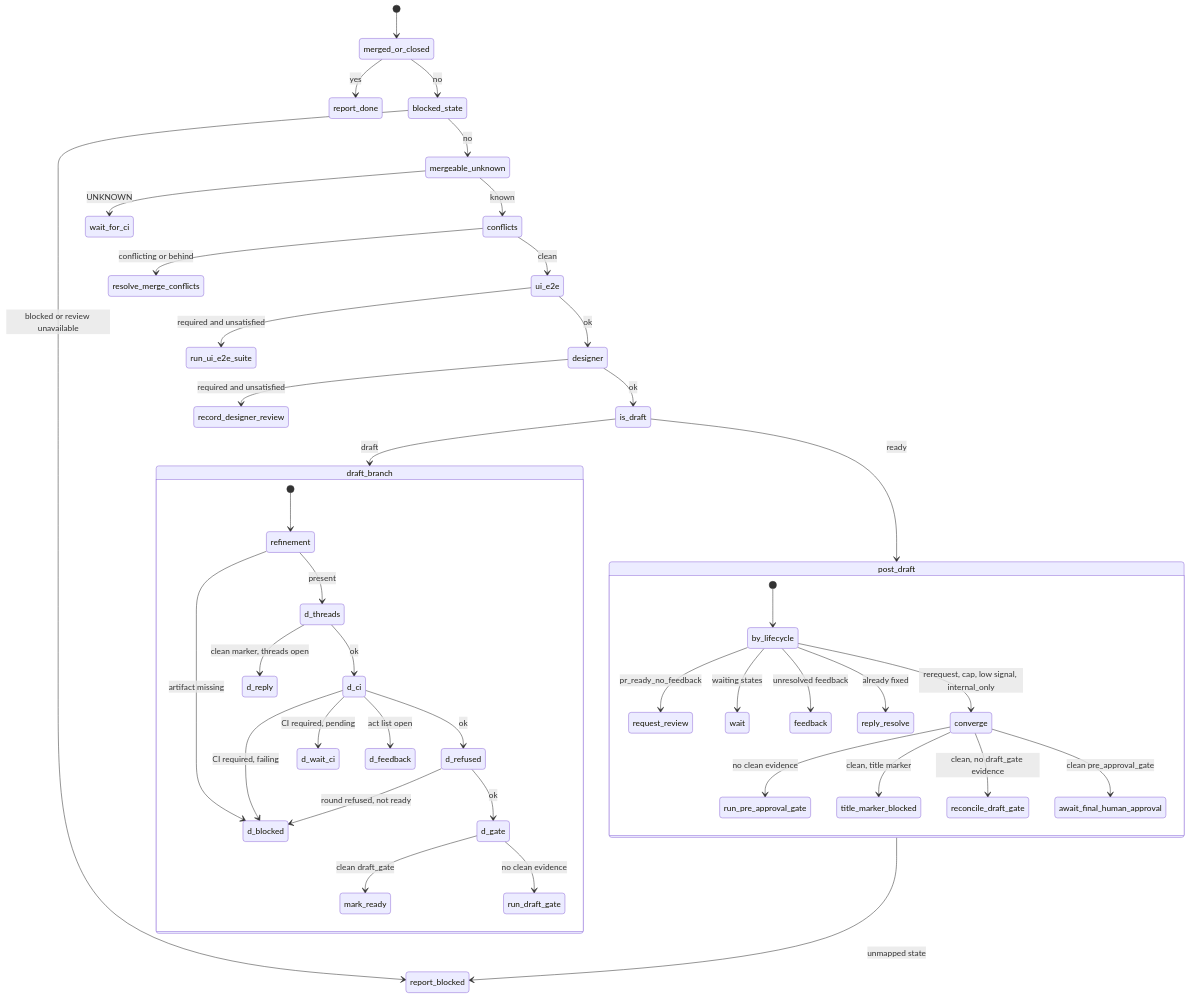
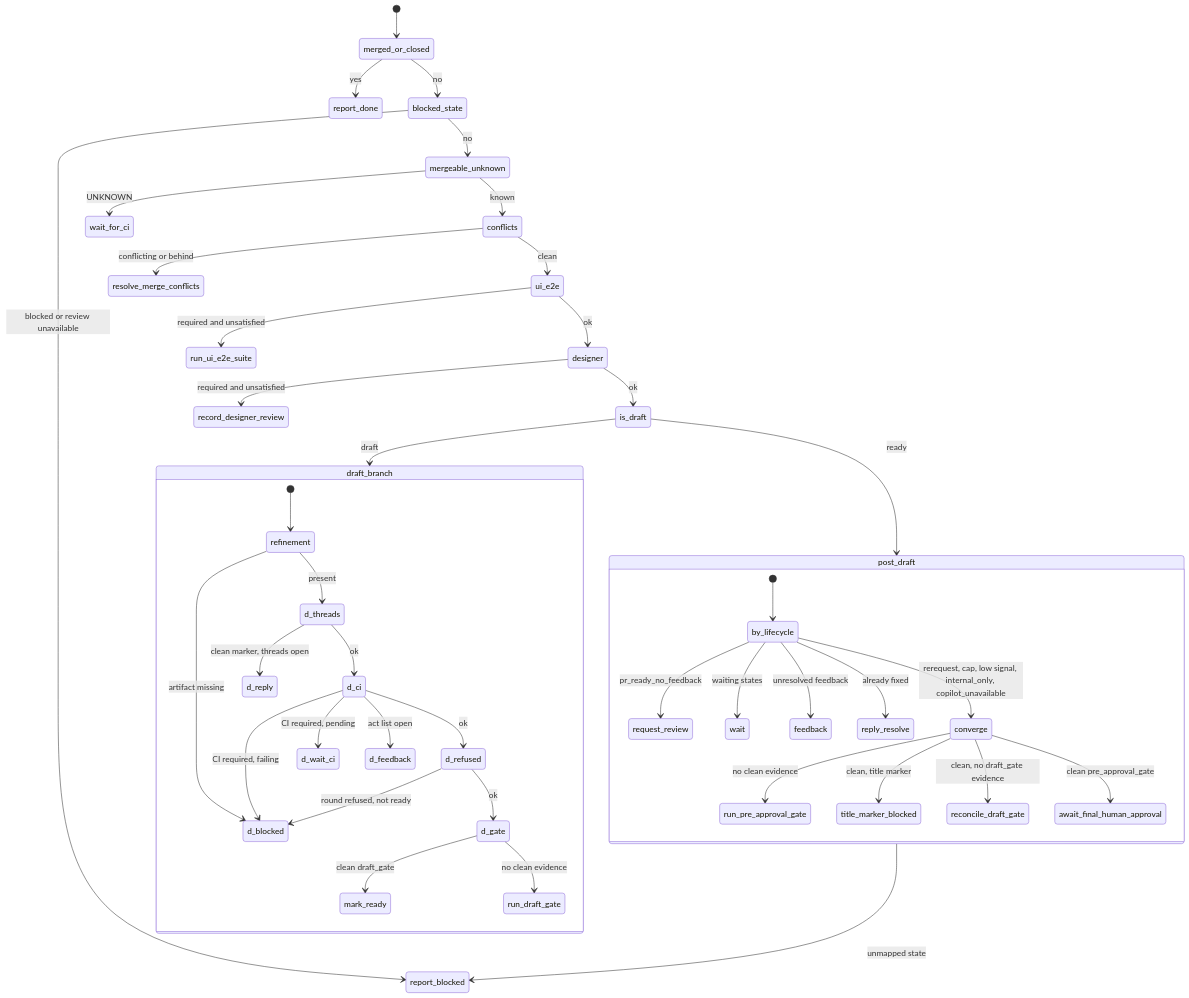
Before and after one commit to mfittko/dev-loops: the fourth of 18 diagrams in docs/atlas/03-state-machines.md, drawn with Mermaid. The commit also changed other lines of this file, not shown here.

````diff
--- a/docs/atlas/03-state-machines.md
+++ b/docs/atlas/03-state-machines.md
@@ -121,46 +121,46 @@
 ```mermaid
 stateDiagram-v2
   [*] --> merged_or_closed
   merged_or_closed --> report_done: yes
   merged_or_closed --> blocked_state: no
   blocked_state --> report_blocked: blocked or review unavailable
   blocked_state --> mergeable_unknown: no
   mergeable_unknown --> wait_for_ci: UNKNOWN
   mergeable_unknown --> conflicts: known
   conflicts --> resolve_merge_conflicts: conflicting or behind
   conflicts --> ui_e2e: clean
   ui_e2e --> run_ui_e2e_suite: required and unsatisfied
   ui_e2e --> designer: ok
   designer --> record_designer_review: required and unsatisfied
   designer --> is_draft: ok
   is_draft --> draft_branch: draft
   is_draft --> post_draft: ready
   state draft_branch {
     [*] --> refinement
     refinement --> d_blocked: artifact missing
     refinement --> d_threads: present
     d_threads --> d_reply: clean marker, threads open
     d_threads --> d_ci: ok
     d_ci --> d_blocked: CI required, failing
     d_ci --> d_wait_ci: CI required, pending
     d_ci --> d_feedback: act list open
     d_ci --> d_refused: ok
     d_refused --> d_blocked: round refused, not ready
     d_refused --> d_gate: ok
     d_gate --> mark_ready: clean draft_gate
     d_gate --> run_draft_gate: no clean evidence
   }
   state post_draft {
     [*] --> by_lifecycle
     by_lifecycle --> request_review: pr_ready_no_feedback
     by_lifecycle --> wait: waiting states
     by_lifecycle --> feedback: unresolved feedback
     by_lifecycle --> reply_resolve: already fixed
-    by_lifecycle --> converge: rerequest, cap, low signal, internal_only
+    by_lifecycle --> converge: rerequest, cap, low signal, internal_only, copilot_unavailable
     converge --> run_pre_approval_gate: no clean evidence
     converge --> title_marker_blocked: clean, title marker
     converge --> reconcile_draft_gate: clean, no draft_gate evidence
     converge --> await_final_human_approval: clean pre_approval_gate
   }
   post_draft --> report_blocked: unmapped state
 ```
````
